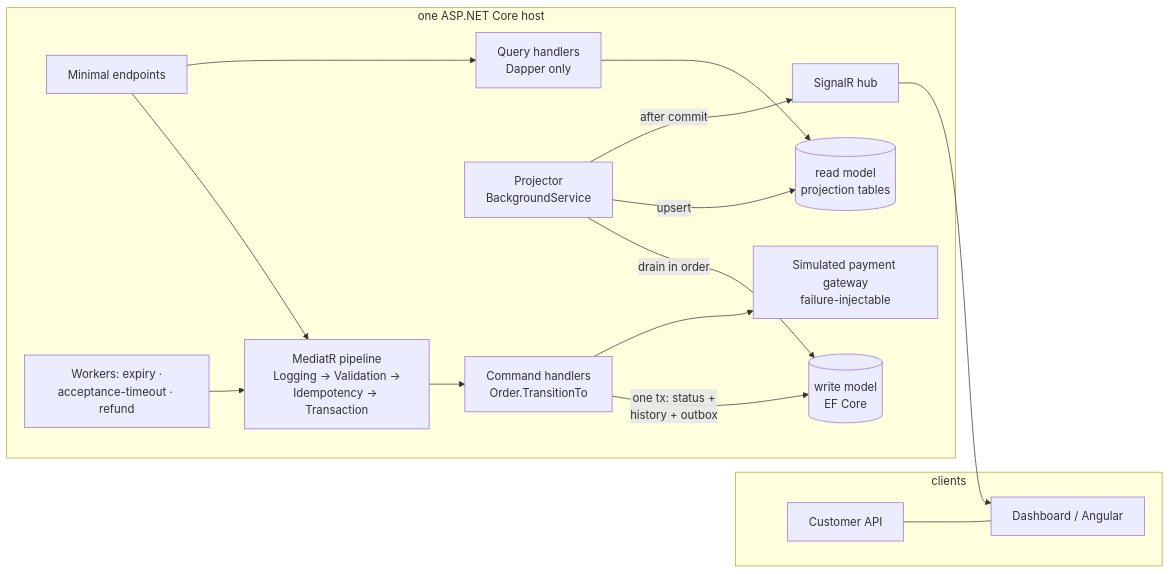
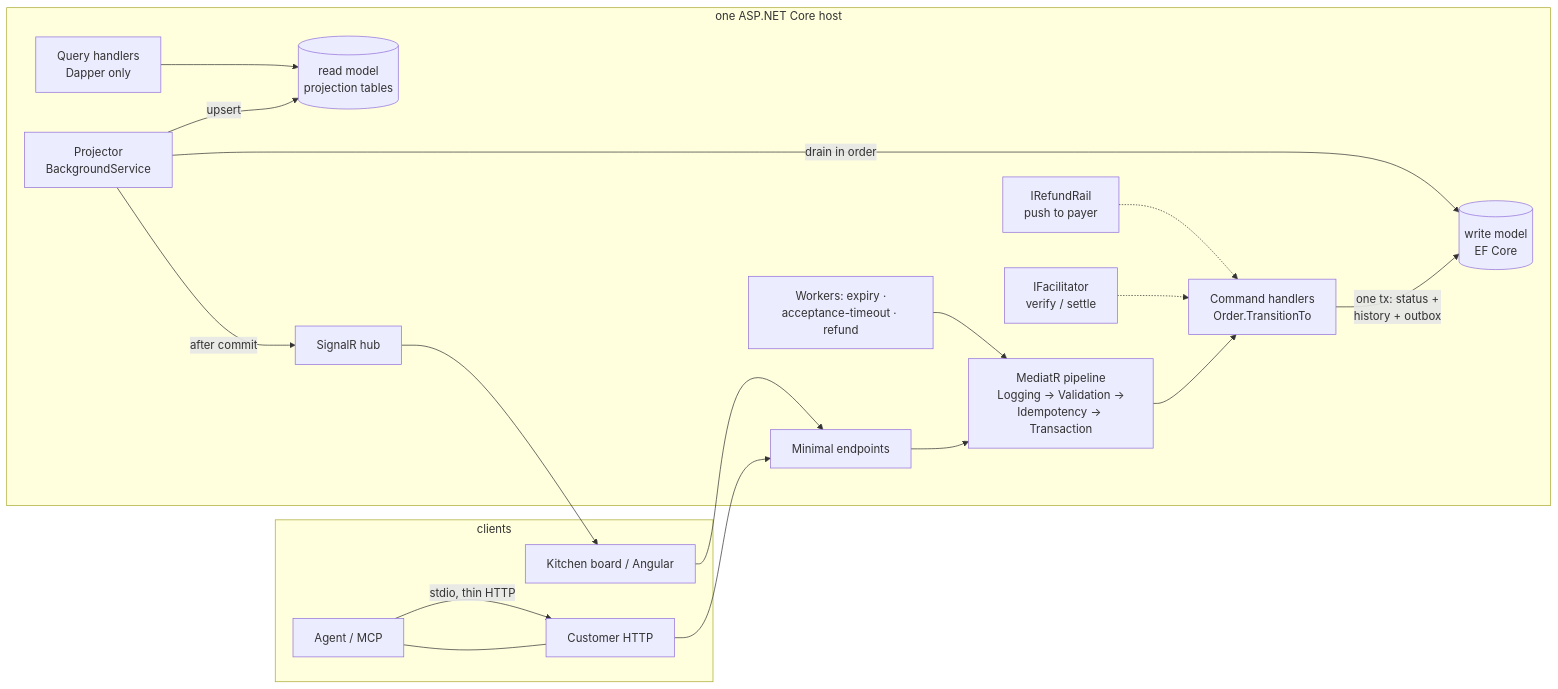
One commit to hebihime/x402-angular changed the diagram in README.md. Above: the diagram before and after it, drawn with Mermaid. The commit also changed other lines of this file and 13 other files, not shown here.

````diff
--- a/README.md
+++ b/README.md
@@ -30,20 +34,23 @@
 ```mermaid
 flowchart LR
     subgraph clients
-        C[Customer API] --- D[Dashboard / Angular]
+        A[Agent / MCP] --- C[Customer HTTP]
+        D[Kitchen board / Angular]
     end
     subgraph host [one ASP.NET Core host]
         E[Minimal endpoints] --> M[MediatR pipeline<br/>Logging → Validation →<br/>Idempotency → Transaction]
         M --> H[Command handlers<br/>Order.TransitionTo]
         H -->|one tx: status +<br/>history + outbox| W[(write model<br/>EF Core)]
+        F[IFacilitator<br/>verify / settle] -.-> H
+        RFD[IRefundRail<br/>push to payer] -.-> H
         P[Projector<br/>BackgroundService] -->|drain in order| W
         P -->|upsert| R[(read model<br/>projection tables)]
         P -->|after commit| S[SignalR hub]
         Q[Query handlers<br/>Dapper only] --> R
         WK[Workers: expiry ·<br/>acceptance-timeout · refund] --> M
-        G[Simulated payment gateway<br/>failure-injectable]
-        H --> G
     end
-    E --> Q
+    A -->|stdio, thin HTTP| C
+    C --> E
+    D --> E
     S --> D
 ```
````
